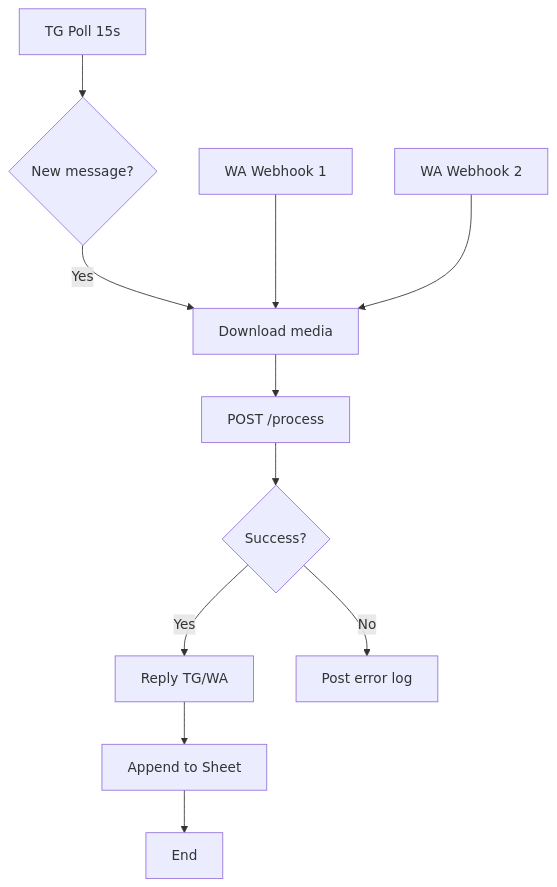
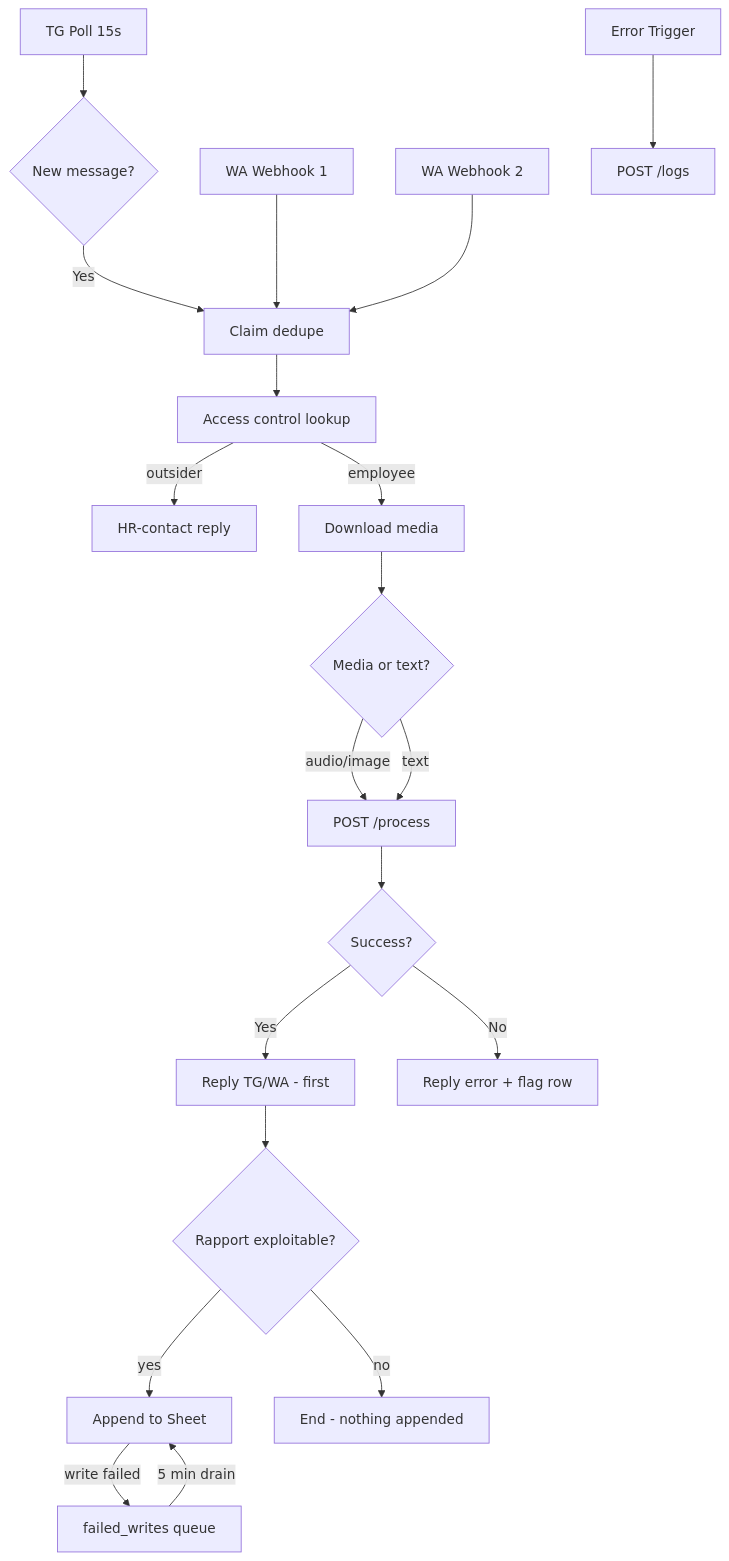
One commit to yassine808/PFE-aznet changed the diagram in vault/n8n-workflows.md. Above: the diagram before and after it, drawn with Mermaid. The commit also changed other lines of this file and 15 other files, not shown here.

````diff
--- a/vault/n8n-workflows.md
+++ b/vault/n8n-workflows.md
@@ -22,14 +22,24 @@
 ```mermaid
 graph TD
     A[TG Poll 15s] --> B{New message?}
-    B -->|Yes| C[Download media]
-    C --> D[POST /process]
-    D --> E{Success?}
-    E -->|Yes| F[Reply TG/WA]
-    E -->|No| G[Post error log]
-    F --> H[Append to Sheet]
-    H --> I[End]
+    B -->|Yes| C1[Claim dedupe]
+    C1 --> C2[Access control lookup]
+    C2 -->|outsider| R1[HR-contact reply]
+    C2 -->|employee| D[Download media]
+    D --> E{Media or text?}
+    E -->|audio/image| F[POST /process]
+    E -->|text| F
+    F --> G{Success?}
+    G -->|Yes| H[Reply TG/WA - first]
+    G -->|No| I[Reply error + flag row]
+    H --> J{Rapport exploitable?}
+    J -->|yes| K[Append to Sheet]
+    J -->|no| L[End - nothing appended]
+    K -->|write failed| M[failed_writes queue]
+    M -->|5 min drain| K
 
-    J[WA Webhook 1] --> C
-    K[WA Webhook 2] --> C
+    N[WA Webhook 1] --> C1
+    O[WA Webhook 2] --> C1
+
+    P[Error Trigger] --> Q[POST /logs]
 ```
````
